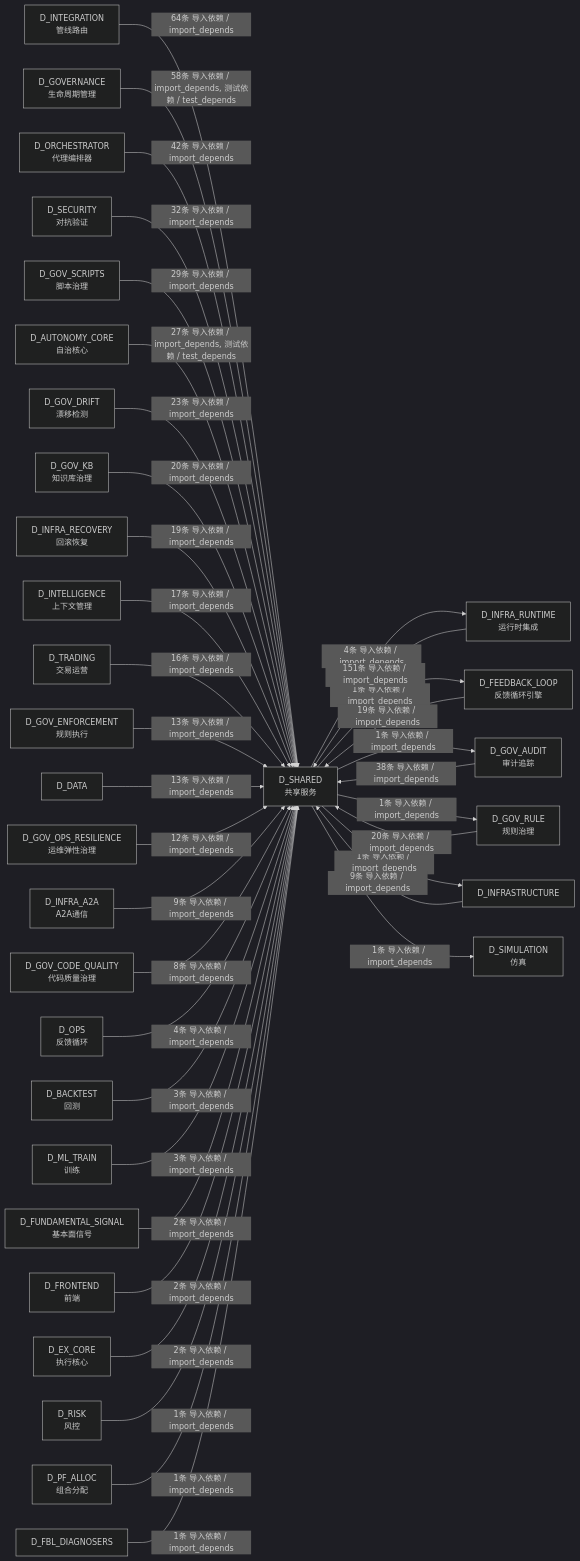
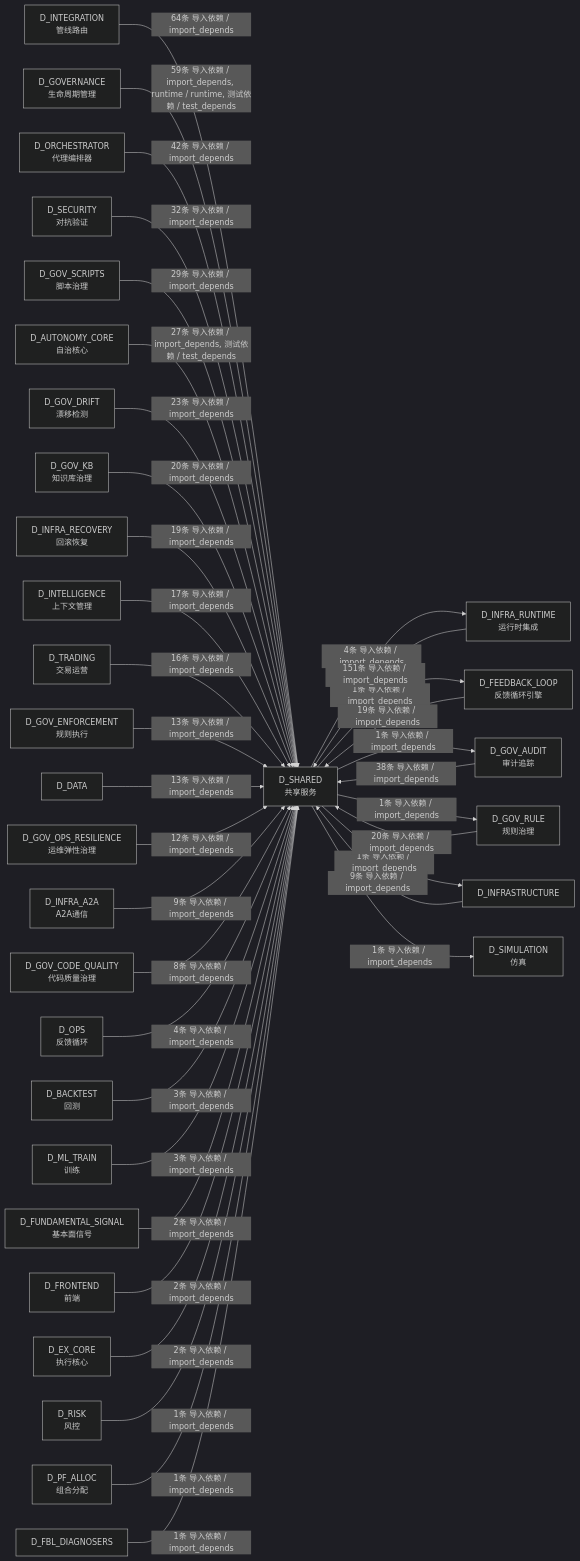
One commit to xuanFelixVan/ZephyrAlpha changed the tenth of 10 diagrams in docs/02_enterprise_architecture/02_domain_architecture_docs/26_d_shared.md. Above: the diagram before and after it, drawn with Mermaid (dark theme). The commit also changed other lines of this file and 98 other files, not shown here.

````diff
--- a/docs/02_enterprise_architecture/02_domain_architecture_docs/26_d_shared.md
+++ b/docs/02_enterprise_architecture/02_domain_architecture_docs/26_d_shared.md
@@ -1749,71 +1751,71 @@
 ```mermaid
 graph LR
     D_SHARED["D_SHARED<br/>共享服务"]
     D_INFRA_RUNTIME["D_INFRA_RUNTIME<br/>运行时集成"]
     D_FEEDBACK_LOOP["D_FEEDBACK_LOOP<br/>反馈循环引擎"]
     D_GOV_AUDIT["D_GOV_AUDIT<br/>审计追踪"]
     D_GOV_RULE["D_GOV_RULE<br/>规则治理"]
     D_INFRASTRUCTURE["D_INFRASTRUCTURE"]
     D_SIMULATION["D_SIMULATION<br/>仿真"]
     D_INTEGRATION["D_INTEGRATION<br/>管线路由"]
     D_GOVERNANCE["D_GOVERNANCE<br/>生命周期管理"]
     D_ORCHESTRATOR["D_ORCHESTRATOR<br/>代理编排器"]
     D_SECURITY["D_SECURITY<br/>对抗验证"]
     D_GOV_SCRIPTS["D_GOV_SCRIPTS<br/>脚本治理"]
     D_AUTONOMY_CORE["D_AUTONOMY_CORE<br/>自治核心"]
     D_GOV_DRIFT["D_GOV_DRIFT<br/>漂移检测"]
     D_GOV_KB["D_GOV_KB<br/>知识库治理"]
     D_INFRA_RECOVERY["D_INFRA_RECOVERY<br/>回滚恢复"]
     D_INTELLIGENCE["D_INTELLIGENCE<br/>上下文管理"]
     D_TRADING["D_TRADING<br/>交易运营"]
     D_GOV_ENFORCEMENT["D_GOV_ENFORCEMENT<br/>规则执行"]
     D_DATA["D_DATA"]
     D_GOV_OPS_RESILIENCE["D_GOV_OPS_RESILIENCE<br/>运维弹性治理"]
     D_INFRA_A2A["D_INFRA_A2A<br/>A2A通信"]
     D_GOV_CODE_QUALITY["D_GOV_CODE_QUALITY<br/>代码质量治理"]
     D_OPS["D_OPS<br/>反馈循环"]
     D_BACKTEST["D_BACKTEST<br/>回测"]
     D_ML_TRAIN["D_ML_TRAIN<br/>训练"]
     D_FUNDAMENTAL_SIGNAL["D_FUNDAMENTAL_SIGNAL<br/>基本面信号"]
     D_FRONTEND["D_FRONTEND<br/>前端"]
     D_EX_CORE["D_EX_CORE<br/>执行核心"]
     D_RISK["D_RISK<br/>风控"]
     D_PF_ALLOC["D_PF_ALLOC<br/>组合分配"]
     D_FBL_DIAGNOSERS["D_FBL_DIAGNOSERS"]
     D_SHARED -->|4条 导入依赖 / import_depends| D_INFRA_RUNTIME
     D_SHARED -->|1条 导入依赖 / import_depends| D_FEEDBACK_LOOP
     D_SHARED -->|1条 导入依赖 / import_depends| D_GOV_AUDIT
     D_SHARED -->|1条 导入依赖 / import_depends| D_GOV_RULE
     D_SHARED -->|1条 导入依赖 / import_depends| D_INFRASTRUCTURE
     D_SHARED -->|1条 导入依赖 / import_depends| D_SIMULATION
     D_INFRA_RUNTIME -->|151条 导入依赖 / import_depends| D_SHARED
     D_INTEGRATION -->|64条 导入依赖 / import_depends| D_SHARED
-    D_GOVERNANCE -->|58条 导入依赖 / import_depends, 测试依赖 / test_depends| D_SHARED
+    D_GOVERNANCE -->|59条 导入依赖 / import_depends, runtime / runtime, 测试依赖 / test_depends| D_SHARED
     D_ORCHESTRATOR -->|42条 导入依赖 / import_depends| D_SHARED
     D_GOV_AUDIT -->|38条 导入依赖 / import_depends| D_SHARED
     D_SECURITY -->|32条 导入依赖 / import_depends| D_SHARED
     D_GOV_SCRIPTS -->|29条 导入依赖 / import_depends| D_SHARED
     D_AUTONOMY_CORE -->|27条 导入依赖 / import_depends, 测试依赖 / test_depends| D_SHARED
     D_GOV_DRIFT -->|23条 导入依赖 / import_depends| D_SHARED
     D_GOV_RULE -->|20条 导入依赖 / import_depends| D_SHARED
     D_GOV_KB -->|20条 导入依赖 / import_depends| D_SHARED
     D_FEEDBACK_LOOP -->|19条 导入依赖 / import_depends| D_SHARED
     D_INFRA_RECOVERY -->|19条 导入依赖 / import_depends| D_SHARED
     D_INTELLIGENCE -->|17条 导入依赖 / import_depends| D_SHARED
     D_TRADING -->|16条 导入依赖 / import_depends| D_SHARED
     D_GOV_ENFORCEMENT -->|13条 导入依赖 / import_depends| D_SHARED
     D_DATA -->|13条 导入依赖 / import_depends| D_SHARED
     D_GOV_OPS_RESILIENCE -->|12条 导入依赖 / import_depends| D_SHARED
     D_INFRASTRUCTURE -->|9条 导入依赖 / import_depends| D_SHARED
     D_INFRA_A2A -->|9条 导入依赖 / import_depends| D_SHARED
     D_GOV_CODE_QUALITY -->|8条 导入依赖 / import_depends| D_SHARED
     D_OPS -->|4条 导入依赖 / import_depends| D_SHARED
     D_BACKTEST -->|3条 导入依赖 / import_depends| D_SHARED
     D_ML_TRAIN -->|3条 导入依赖 / import_depends| D_SHARED
     D_FUNDAMENTAL_SIGNAL -->|2条 导入依赖 / import_depends| D_SHARED
     D_FRONTEND -->|2条 导入依赖 / import_depends| D_SHARED
     D_EX_CORE -->|2条 导入依赖 / import_depends| D_SHARED
     D_RISK -->|1条 导入依赖 / import_depends| D_SHARED
     D_PF_ALLOC -->|1条 导入依赖 / import_depends| D_SHARED
     D_FBL_DIAGNOSERS -->|1条 导入依赖 / import_depends| D_SHARED
 ```
````
